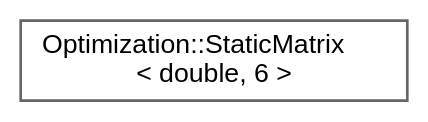
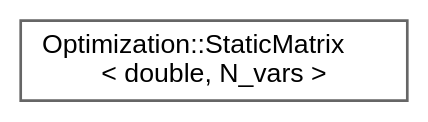
The diagram in inherit_graph_73.dot (jswoo0615/Algorithms_for_Optimization_cpp), drawn with Graphviz before and after one commit. The commit also changed 348 other files, not shown here.

```diff
--- a/inherit_graph_73.dot
+++ b/inherit_graph_73.dot
@@ -1,9 +1,9 @@
 digraph "Graphical Class Hierarchy"
 {
  // LATEX_PDF_SIZE
   bgcolor="transparent";
   edge [fontname=Helvetica,fontsize=10,labelfontname=Helvetica,labelfontsize=10];
   node [fontname=Helvetica,fontsize=10,shape=box,height=0.2,width=0.4];
   rankdir="LR";
-  Node0 [id="Node000000",label="Optimization::StaticMatrix\l\< double, 6 \>",height=0.2,width=0.4,color="grey40", fillcolor="white", style="filled",URL="$classOptimization_1_1StaticMatrix.html",tooltip=" "];
+  Node0 [id="Node000000",label="Optimization::StaticMatrix\l\< double, N_vars \>",height=0.2,width=0.4,color="grey40", fillcolor="white", style="filled",URL="$classOptimization_1_1StaticMatrix.html",tooltip=" "];
 }
```
